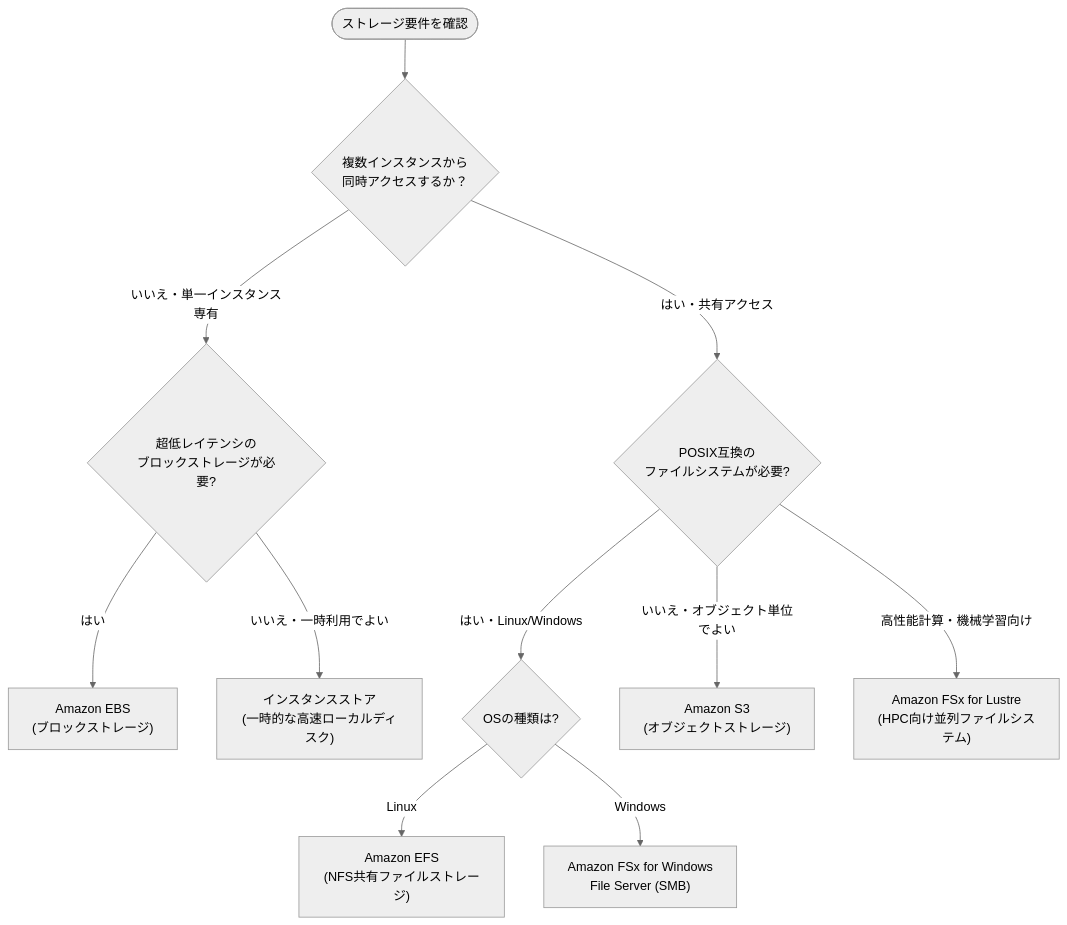
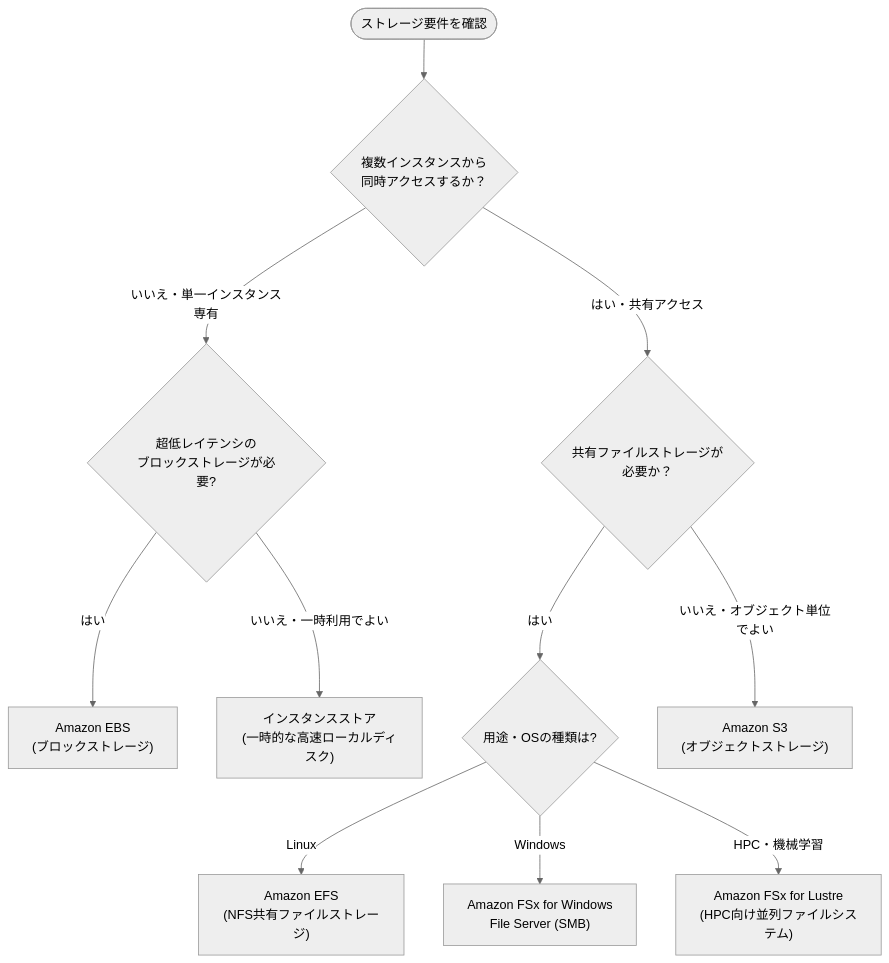
Diagram 11 of 21 in AWS-Certified-Solutions-Architect-Associate.md (myoshi2891/Cloud-Infrastructure-Studies), drawn with Mermaid (neutral theme) before and after one commit. The commit also changed other lines of this file and 13 other files, not shown here.

````diff
--- a/AWS-Certified-Solutions-Architect-Associate.md
+++ b/AWS-Certified-Solutions-Architect-Associate.md
@@ -489,13 +489,13 @@
 ```mermaid
 flowchart TD
     Start([ストレージ要件を確認]) --> Q1{複数インスタンスから<br/>同時アクセスするか？}
     Q1 -->|いいえ・単一インスタンス専有| Q2{超低レイテンシの<br/>ブロックストレージが必要?}
-    Q1 -->|はい・共有アクセス| Q3{POSIX互換の<br/>ファイルシステムが必要?}
+    Q1 -->|はい・共有アクセス| Q3{共有ファイルストレージが<br/>必要か？}
     Q2 -->|はい| EBS["Amazon EBS<br/>(ブロックストレージ)"]
     Q2 -->|いいえ・一時利用でよい| InstanceStore["インスタンスストア<br/>(一時的な高速ローカルディスク)"]
-    Q3 -->|はい・Linux/Windows| Q4{OSの種類は?}
+    Q3 -->|はい| Q4{用途・OSの種類は?}
     Q3 -->|いいえ・オブジェクト単位でよい| S3["Amazon S3<br/>(オブジェクトストレージ)"]
     Q4 -->|Linux| EFS["Amazon EFS<br/>(NFS共有ファイルストレージ)"]
     Q4 -->|Windows| FSxW["Amazon FSx for Windows<br/>File Server (SMB)"]
-    Q3 -->|高性能計算・機械学習向け| FSxLustre["Amazon FSx for Lustre<br/>(HPC向け並列ファイルシステム)"]
+    Q4 -->|HPC・機械学習| FSxLustre["Amazon FSx for Lustre<br/>(HPC向け並列ファイルシステム)"]
 ```
````
